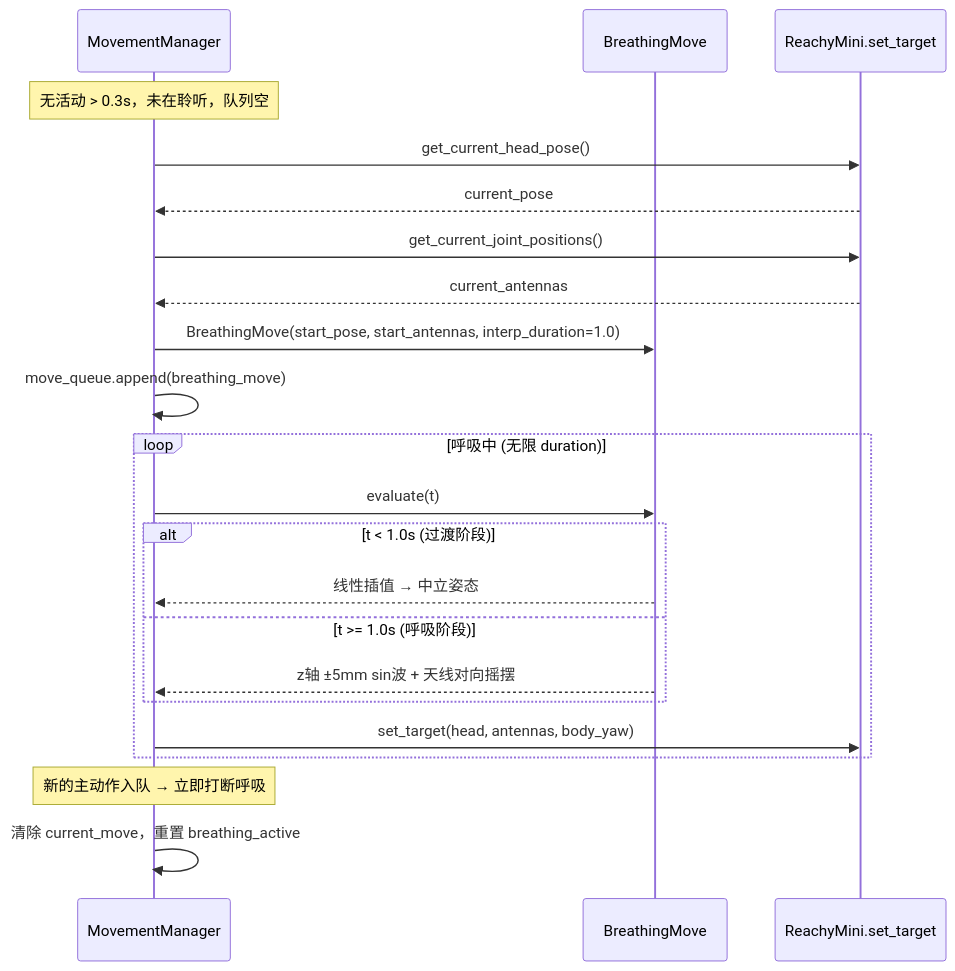
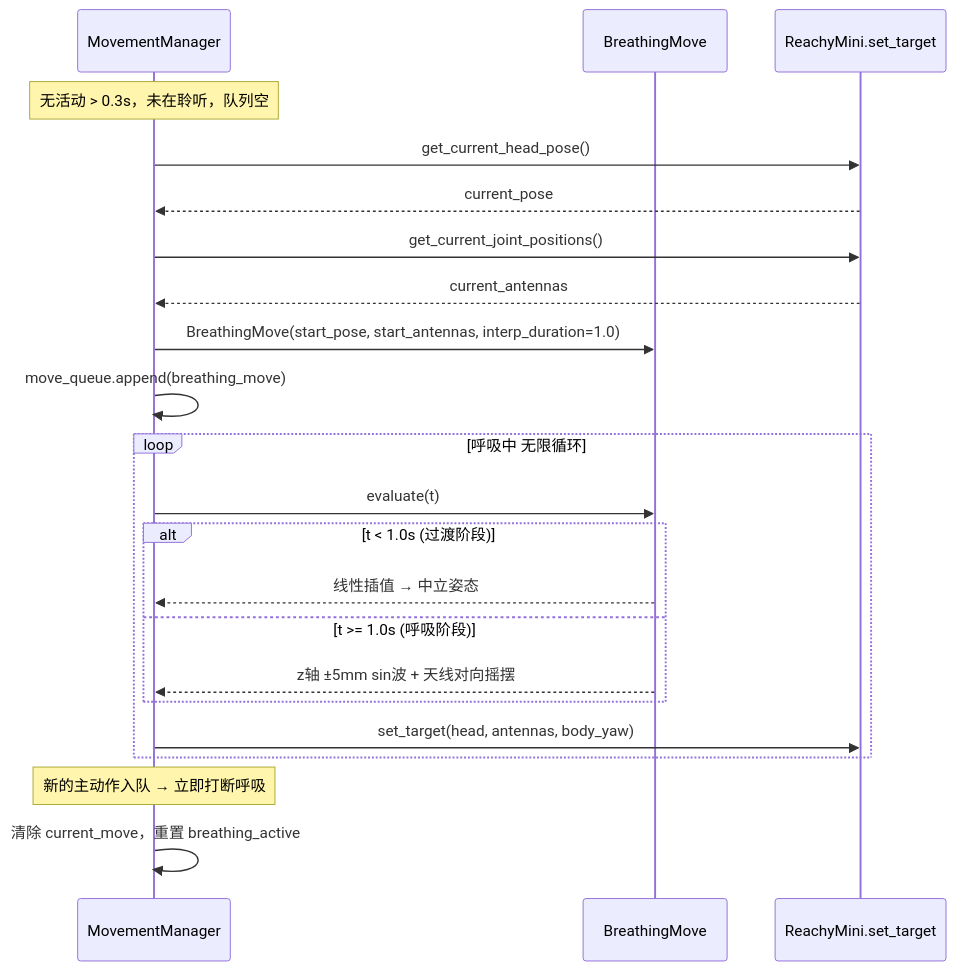
One commit to freshever/reachy_mini_conversation_app changed the ninth of 10 diagrams in docs/architecture_diagrams.md. Above: the diagram before and after it, drawn with Mermaid. The commit also changed other lines of this file, not shown here.

Commit message:
docs: fix Mermaid parse errors caused by parentheses in participant aliases and loop labels

````diff
--- a/docs/architecture_diagrams.md
+++ b/docs/architecture_diagrams.md
@@ -467,27 +467,27 @@
 ```mermaid
 sequenceDiagram
     participant MM as MovementManager
     participant BM as BreathingMove
     participant SDK as ReachyMini.set_target
 
     Note over MM: 无活动 > 0.3s，未在聆听，队列空
     MM->>SDK: get_current_head_pose()
     SDK-->>MM: current_pose
     MM->>SDK: get_current_joint_positions()
     SDK-->>MM: current_antennas
     MM->>BM: BreathingMove(start_pose, start_antennas, interp_duration=1.0)
     MM->>MM: move_queue.append(breathing_move)
 
-    loop 呼吸中 (无限 duration)
+    loop 呼吸中 无限循环
         MM->>BM: evaluate(t)
         alt t < 1.0s (过渡阶段)
             BM-->>MM: 线性插值 → 中立姿态
         else t >= 1.0s (呼吸阶段)
             BM-->>MM: z轴 ±5mm sin波 + 天线对向摇摆
         end
         MM->>SDK: set_target(head, antennas, body_yaw)
     end
 
     Note over MM: 新的主动作入队 → 立即打断呼吸
     MM->>MM: 清除 current_move，重置 breathing_active
 ```
````
